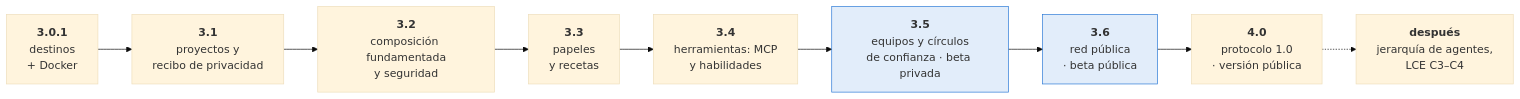
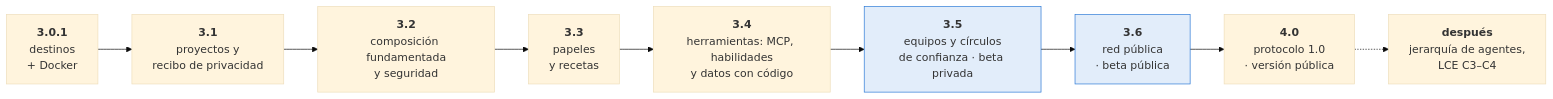
Before and after one commit to Sebastardito/SwarmblyAI: the fourth of 4 diagrams in docs/ROADMAP.md, drawn with Mermaid (base theme). The commit also changed other lines of this file, not shown here.

Commit message:
Roadmap: recipe 5, data with code, in 3.4 (a script the user approves, run in an isolated sandbox; an open battery with automatic checks)

````diff
--- a/docs/ROADMAP.md
+++ b/docs/ROADMAP.md
@@ -177,13 +177,13 @@
 ```mermaid
 flowchart LR
   V1["<b>3.0.1</b><br/>destinos<br/>+ Docker"] --> V2["<b>3.1</b><br/>proyectos y<br/>recibo de privacidad"]
   V2 --> V3["<b>3.2</b><br/>composición fundamentada<br/>y seguridad"]
   V3 --> V3b["<b>3.3</b><br/>papeles<br/>y recetas"]
-  V3b --> V4["<b>3.4</b><br/>herramientas: MCP<br/>y habilidades"]
+  V3b --> V4["<b>3.4</b><br/>herramientas: MCP, habilidades<br/>y datos con código"]
   V4 --> V5["<b>3.5</b><br/>equipos y círculos<br/>de confianza · beta privada"]
   V5 --> V6["<b>3.6</b><br/>red pública<br/>· beta pública"]
   V6 --> V7["<b>4.0</b><br/>protocolo 1.0<br/>· versión pública"]
   V7 -.-> V8["<b>después</b><br/>jerarquía de agentes,<br/>LCE C3–C4"]
   style V5 fill:#2a78d622,stroke:#2a78d6
   style V6 fill:#2a78d622,stroke:#2a78d6
 ```
````
